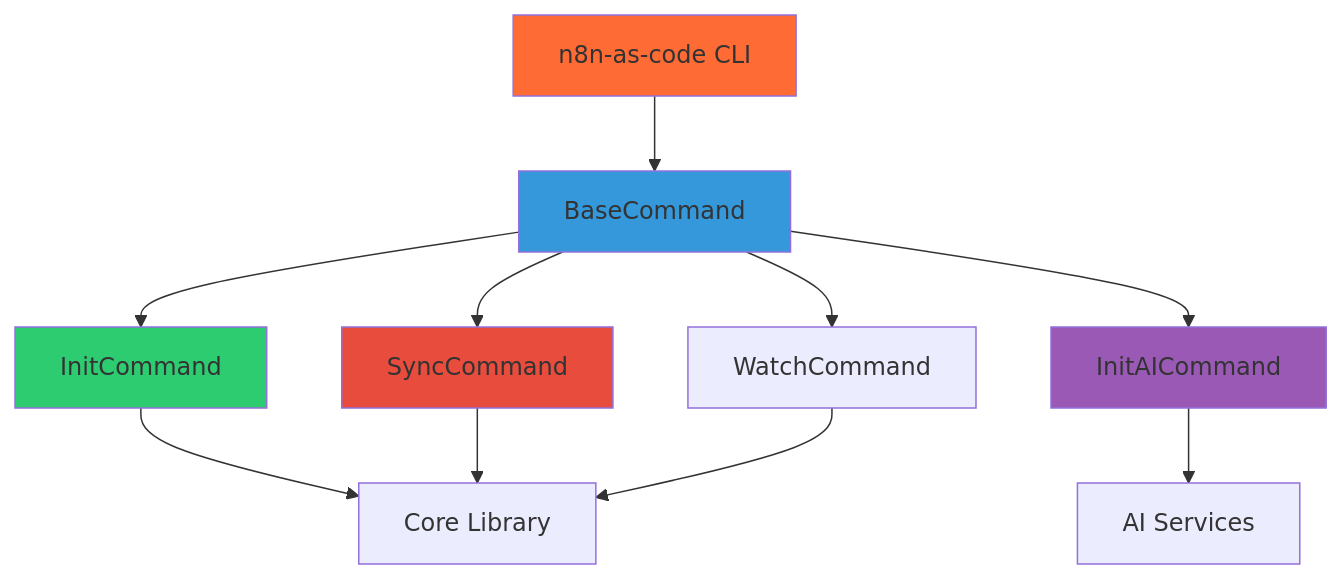
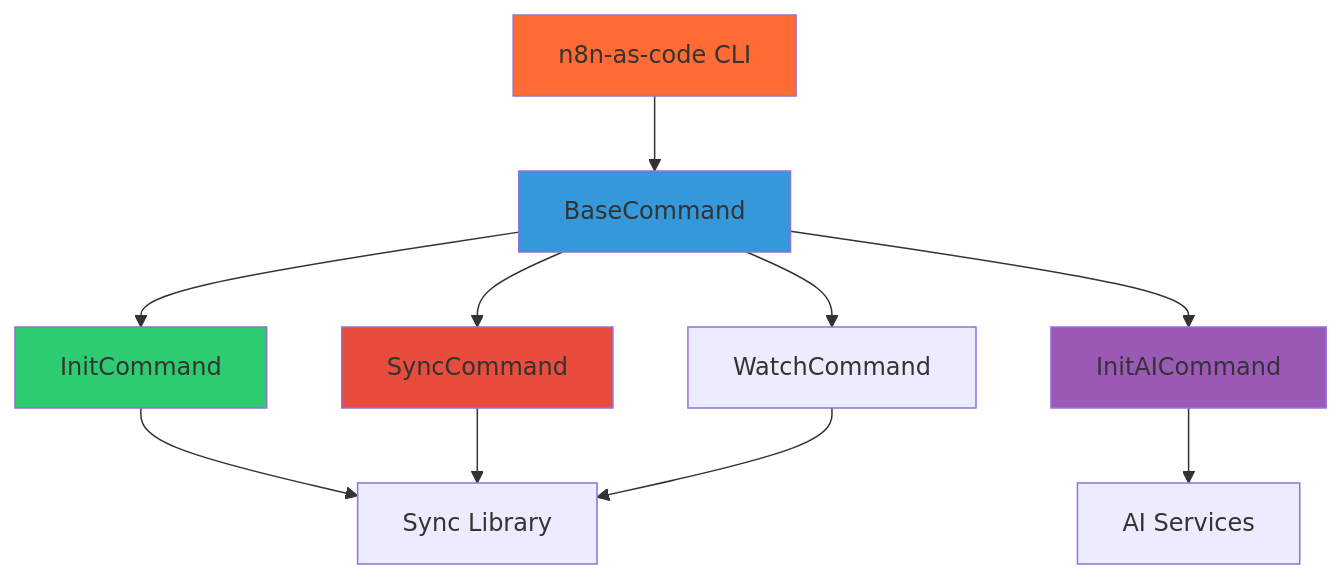
Before and after one commit to EtienneLescot/n8n-as-code: the diagram in docs/docs/contribution/cli.md, drawn with Mermaid. The commit also changed other lines of this file and 70 other files, not shown here.

First line of the commit message:
Refactor package names from core to sync and agent-cli to skills

````diff
--- a/docs/docs/contribution/cli.md
+++ b/docs/docs/contribution/cli.md
@@ -42,19 +42,19 @@
 ```mermaid
 graph TD
     A[n8n-as-code CLI] --> B[BaseCommand]
     B --> C[InitCommand]
     B --> D[InitAICommand]
     B --> E[SyncCommand]
     B --> F[WatchCommand]
     
-    C --> G[Core Library]
+    C --> G[Sync Library]
     D --> H[AI Services]
     E --> G
     F --> G
     
     style A fill:#ff6b35
     style B fill:#3498db
     style C fill:#2ecc71
     style D fill:#9b59b6
     style E fill:#e74c3c
 ```
````
